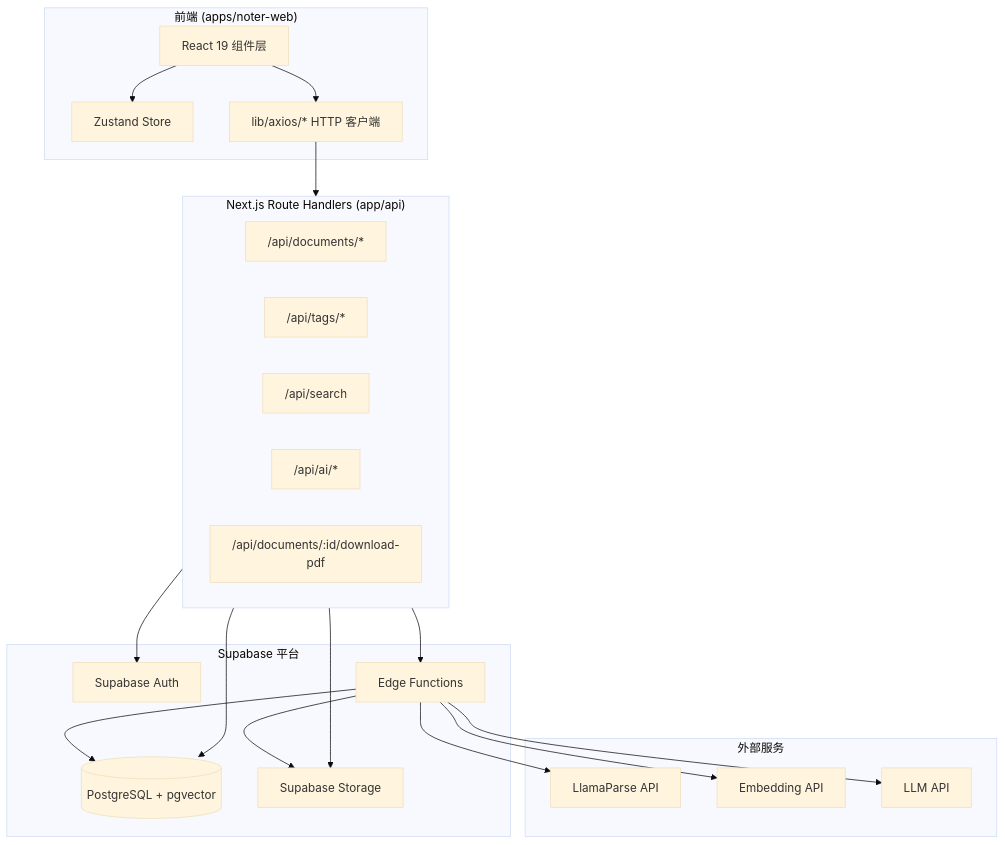
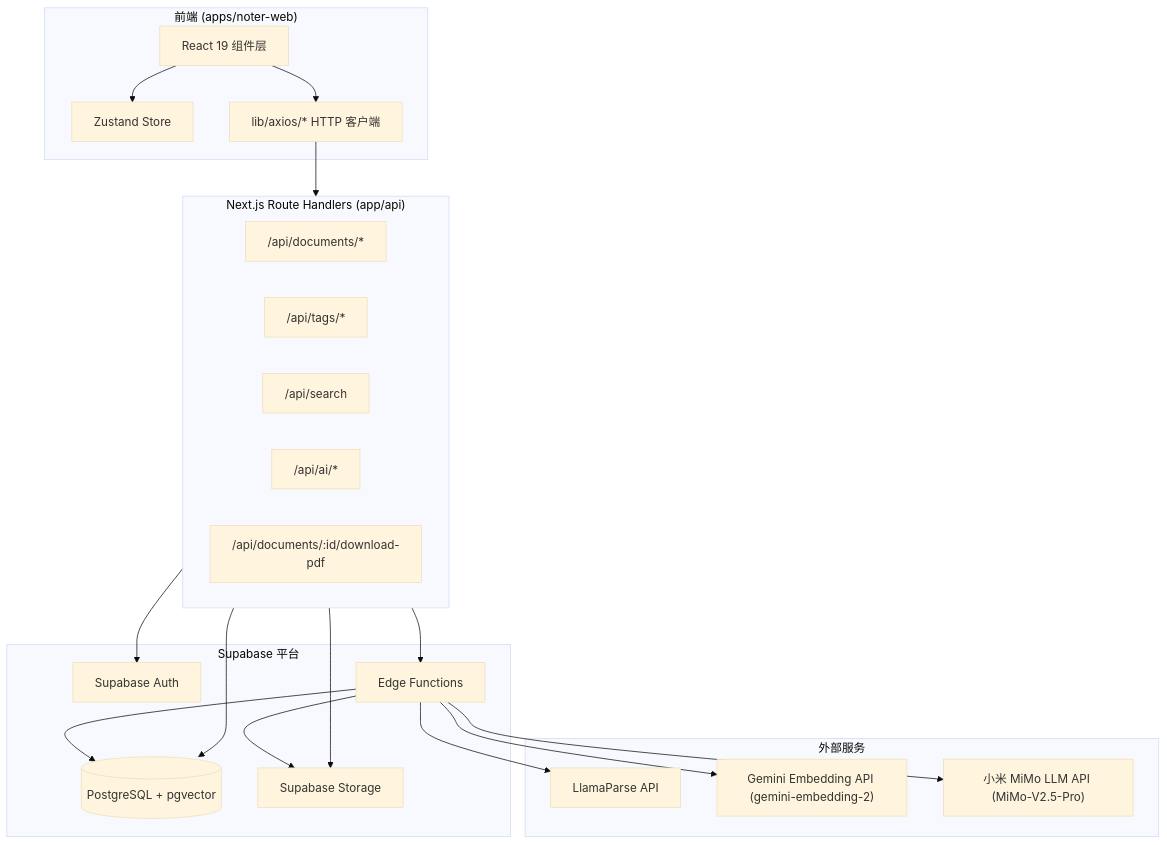
One commit to Jett191/noter changed the first of 9 diagrams in .kiro/specs/noter-document-management/design.md. Above: the diagram before and after it, drawn with Mermaid (base theme). The commit also changed other lines of this file and 3 other files, not shown here.

````diff
--- a/.kiro/specs/noter-document-management/design.md
+++ b/.kiro/specs/noter-document-management/design.md
@@ -22,42 +22,42 @@
 ```mermaid
 graph TB
     subgraph Frontend["前端 (apps/noter-web)"]
         UI[React 19 组件层]
         Store[Zustand Store]
         AxiosLib["lib/axios/* HTTP 客户端"]
     end
 
     subgraph NextAPI["Next.js Route Handlers (app/api)"]
         DocAPI["/api/documents/*"]
         TagAPI["/api/tags/*"]
         SearchAPI["/api/search"]
         AIAPI["/api/ai/*"]
         DownloadAPI["/api/documents/:id/download-pdf"]
     end
 
     subgraph Supabase["Supabase 平台"]
         Auth[Supabase Auth]
         DB[(PostgreSQL + pgvector)]
         Storage[Supabase Storage]
         EdgeFn[Edge Functions]
     end
 
     subgraph External["外部服务"]
         LlamaParse[LlamaParse API]
-        EmbeddingAPI[Embedding API]
-        LLMAPI[LLM API]
+        EmbeddingAPI["Gemini Embedding API (gemini-embedding-2)"]
+        LLMAPI["小米 MiMo LLM API (MiMo-V2.5-Pro)"]
     end
 
     UI --> Store
     UI --> AxiosLib
     AxiosLib --> NextAPI
     NextAPI --> Auth
     NextAPI --> DB
     NextAPI --> Storage
     NextAPI --> EdgeFn
     EdgeFn --> LlamaParse
     EdgeFn --> EmbeddingAPI
     EdgeFn --> LLMAPI
     EdgeFn --> Storage
     EdgeFn --> DB
 ```
````
